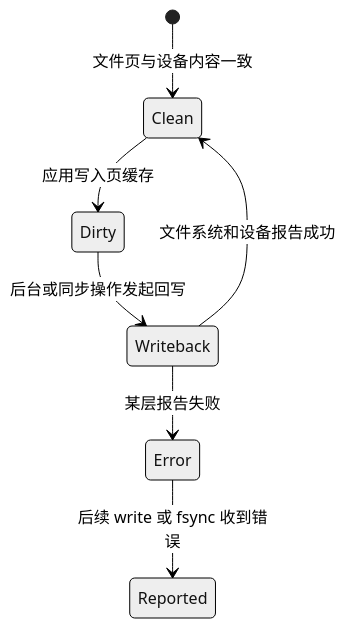
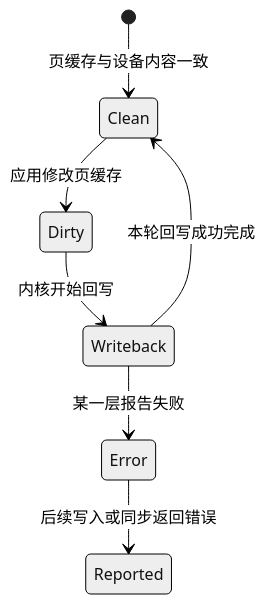
Before and after one commit to xizheyin/hft-book-rs: the second of 2 diagrams in books/rust-hft/src/foundations/file_write_path.md, drawn with Mermaid (neutral theme). The commit also changed other lines of this file and 207 other files, not shown here.

````diff
--- a/books/rust-hft/src/foundations/file_write_path.md
+++ b/books/rust-hft/src/foundations/file_write_path.md
@@ -168,9 +160,9 @@
 ```mermaid
 stateDiagram-v2
-    [*] --> Clean: 文件页与设备内容一致
-    Clean --> Dirty: 应用写入页缓存
-    Dirty --> Writeback: 后台或同步操作发起回写
-    Writeback --> Clean: 文件系统和设备报告成功
-    Writeback --> Error: 某层报告失败
-    Error --> Reported: 后续 write 或 fsync 收到错误
+    [*] --> Clean: 页缓存与设备内容一致
+    Clean --> Dirty: 应用修改页缓存
+    Dirty --> Writeback: 内核开始回写
+    Writeback --> Clean: 本轮回写成功完成
+    Writeback --> Error: 某一层报告失败
+    Error --> Reported: 后续写入或同步返回错误
 ```
````
